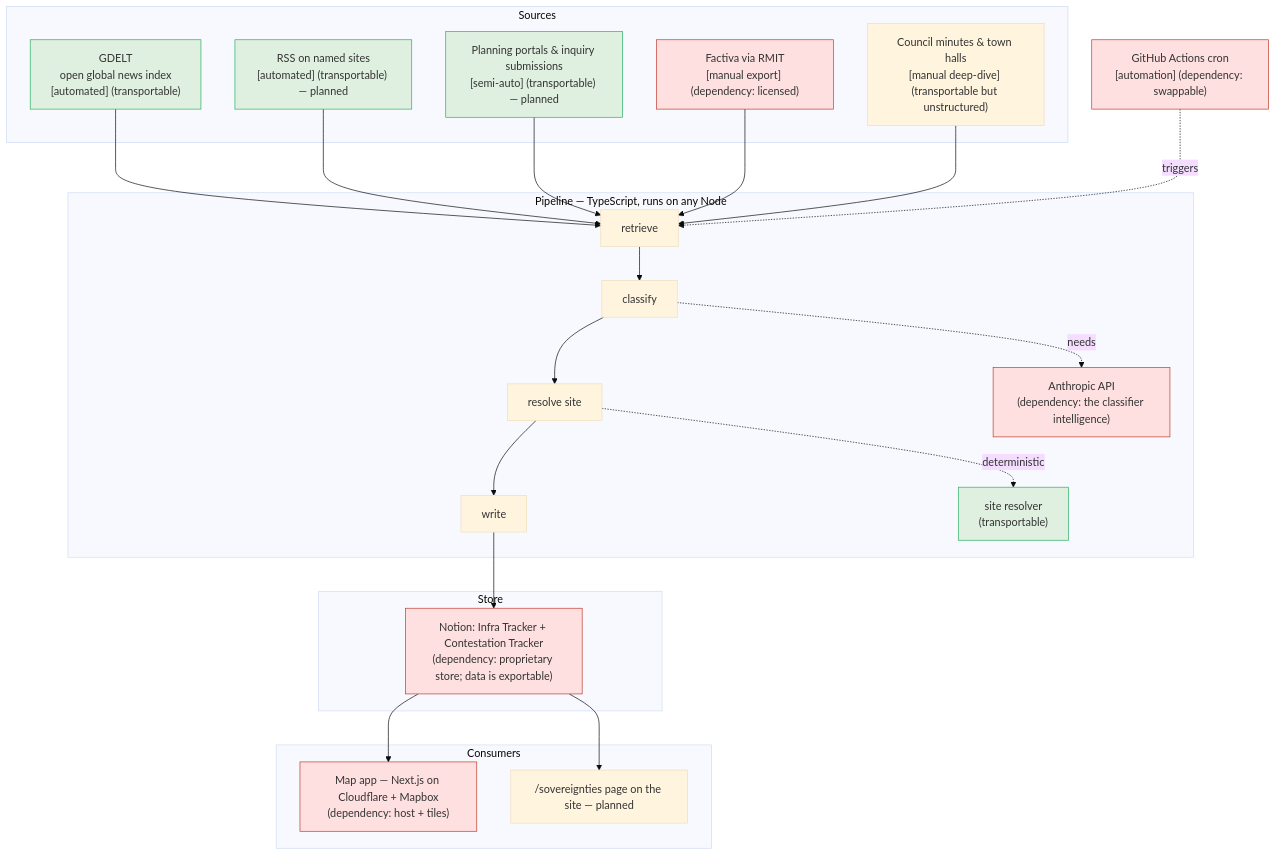
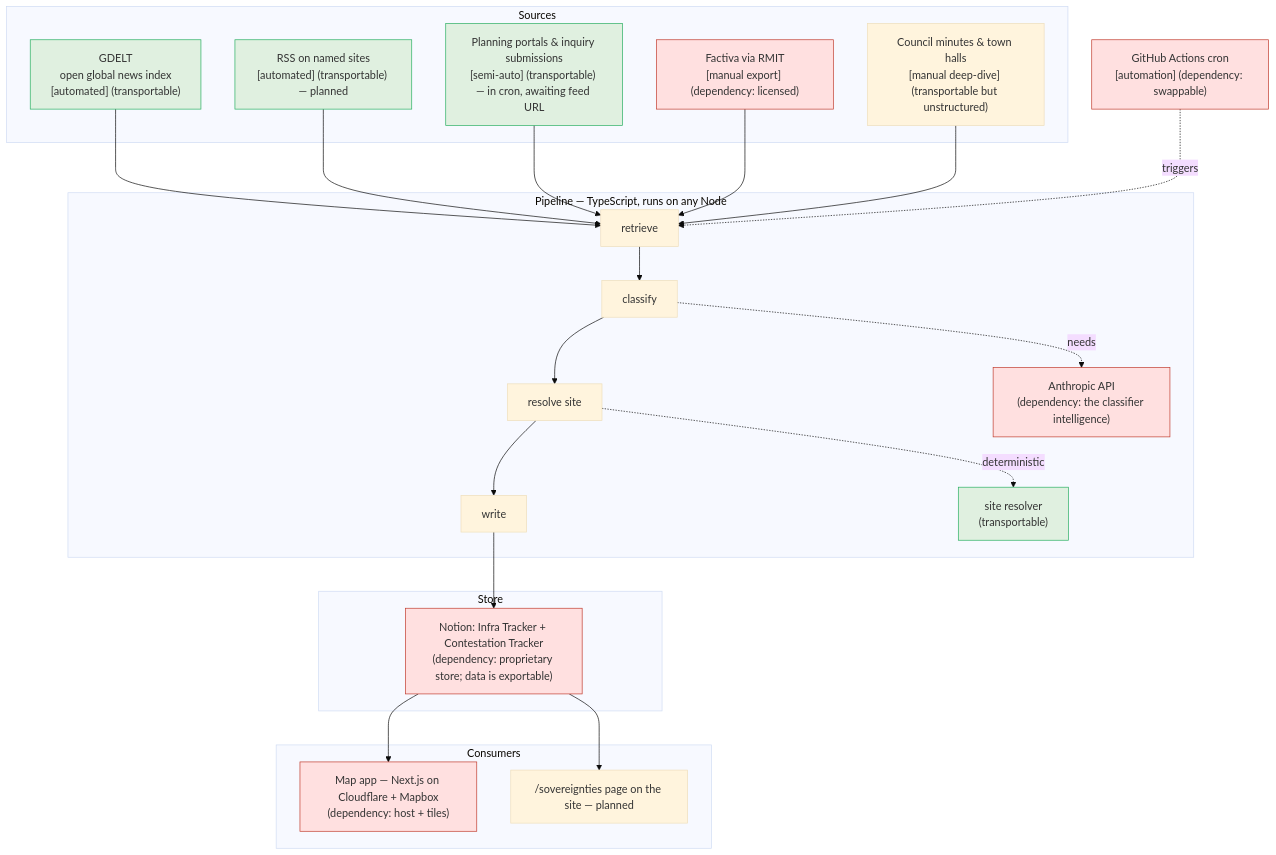
One commit to civic-interplay/ai-sovereignties changed the diagram in docs/ARCHITECTURE.md. Above: the diagram before and after it, drawn with Mermaid (base theme). The commit also changed other lines of this file and 4 other files, not shown here.

First line of the commit message:
Harden scheduled retrieval: GDELT retry + portals in cron + multi-feed

````diff
--- a/docs/ARCHITECTURE.md
+++ b/docs/ARCHITECTURE.md
@@ -9,41 +9,41 @@
 ```mermaid
 flowchart TB
   subgraph SRC[Sources]
     G["GDELT<br/>open global news index<br/>[automated] (transportable)"]
     RSS["RSS on named sites<br/>[automated] (transportable) — planned"]
-    PORT["Planning portals & inquiry submissions<br/>[semi-auto] (transportable) — planned"]
+    PORT["Planning portals & inquiry submissions<br/>[semi-auto] (transportable) — in cron, awaiting feed URL"]
     FAC["Factiva via RMIT<br/>[manual export] (dependency: licensed)"]
     COU["Council minutes & town halls<br/>[manual deep-dive] (transportable but unstructured)"]
   end
 
   subgraph PIPE[Pipeline — TypeScript, runs on any Node]
     R["retrieve"] --> C["classify"] --> RES["resolve site"] --> W["write"]
     C -.needs.-> ANTH["Anthropic API<br/>(dependency: the classifier intelligence)"]
     RES -.deterministic.-> RESN["site resolver<br/>(transportable)"]
   end
 
   subgraph STORE[Store]
     N["Notion: Infra Tracker + Contestation Tracker<br/>(dependency: proprietary store; data is exportable)"]
   end
 
   subgraph OUT[Consumers]
     MAP["Map app — Next.js on Cloudflare + Mapbox<br/>(dependency: host + tiles)"]
     PAGE["/sovereignties page on the site — planned"]
   end
 
   G --> R
   RSS --> R
   PORT --> R
   FAC --> R
   COU --> R
   W --> N
   N --> MAP
   N --> PAGE
 
   CRON["GitHub Actions cron<br/>[automation] (dependency: swappable)"] -.triggers.-> R
 
   classDef dep fill:#ffe0e0,stroke:#c0392b;
   classDef port fill:#e0f0e0,stroke:#27ae60;
   class FAC,ANTH,N,MAP,CRON dep;
   class G,RSS,PORT,RESN port;
 ```
````
